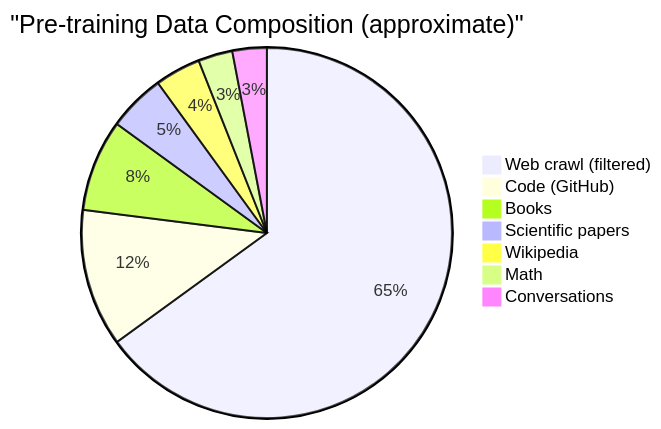
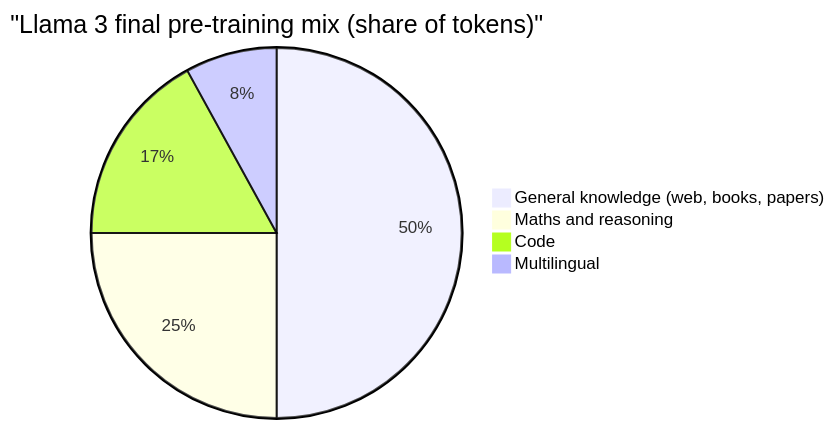
Before and after one commit to Hmago/ml4: the tenth of 26 diagrams in content/34b_google_top10_ml_interview_part2.md, drawn with Mermaid. The commit also changed other lines of this file and 59 other files, not shown here.

````diff
--- a/content/34b_google_top10_ml_interview_part2.md
+++ b/content/34b_google_top10_ml_interview_part2.md
@@ -810,10 +1284,7 @@
 ```mermaid
-pie title "Pre-training Data Composition (approximate)"
-    "Web crawl (filtered)" : 65
-    "Code (GitHub)" : 12
-    "Books" : 8
-    "Scientific papers" : 5
-    "Wikipedia" : 4
-    "Math" : 3
-    "Conversations" : 3
+pie title "Llama 3 final pre-training mix (share of tokens)"
+    "General knowledge (web, books, papers)" : 50
+    "Maths and reasoning" : 25
+    "Code" : 17
+    "Multilingual" : 8
 ```
````
